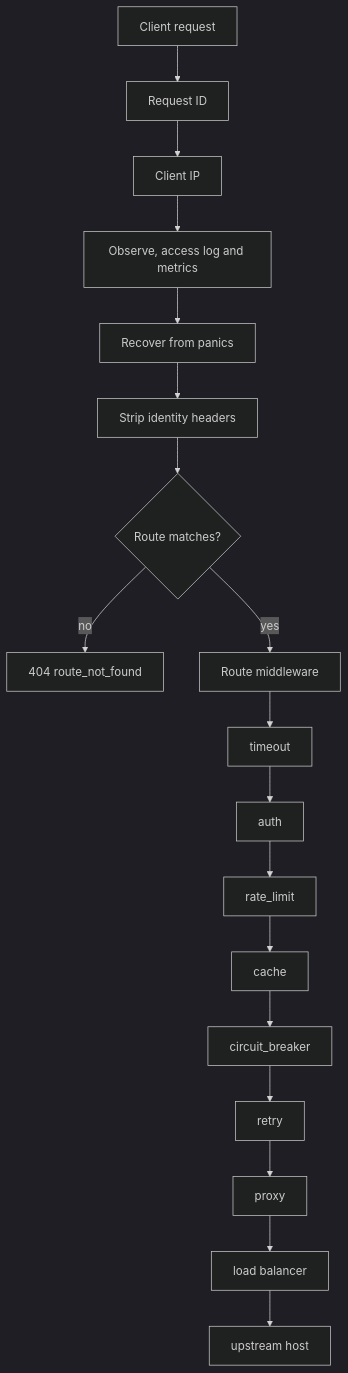
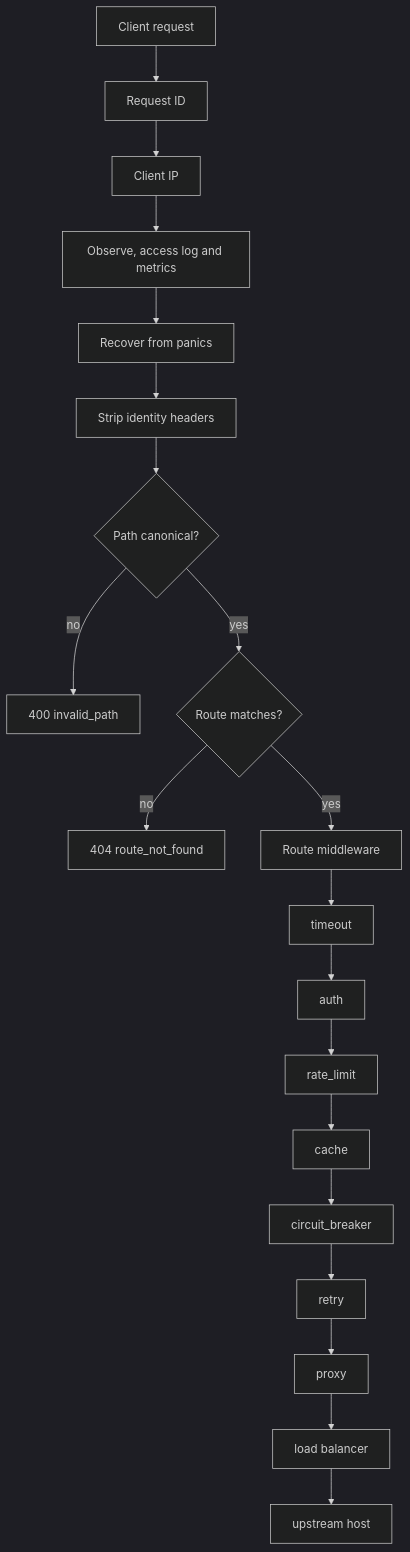
The second of 2 diagrams in README.md (ok0/go-microgateway), drawn with Mermaid (dark theme) before and after one commit. The commit also changed 4 other files, not shown here.

Commit message:
docs: describe request path rules and the invalid_path error

````diff
--- a/README.md
+++ b/README.md
@@ -62,20 +62,22 @@
 ```mermaid
 flowchart TD
   IN["Client request"] --> RID["Request ID"]
   RID --> CIP["Client IP"]
   CIP --> OBS["Observe, access log and metrics"]
   OBS --> REC["Recover from panics"]
   REC --> STRIP["Strip identity headers"]
-  STRIP --> RT{"Route matches?"}
+  STRIP --> CANON{"Path canonical?"}
+  CANON -- no --> BADP["400 invalid_path"]
+  CANON -- yes --> RT{"Route matches?"}
   RT -- no --> NF["404 route_not_found"]
   RT -- yes --> RMW["Route middleware"]
   RMW --> TMO["timeout"]
   TMO --> AUTH["auth"]
   AUTH --> RL["rate_limit"]
   RL --> CACHE["cache"]
   CACHE --> CB["circuit_breaker"]
   CB --> RETRY["retry"]
   RETRY --> PROXY["proxy"]
   PROXY --> LB["load balancer"]
   LB --> UP["upstream host"]
 ```
````
